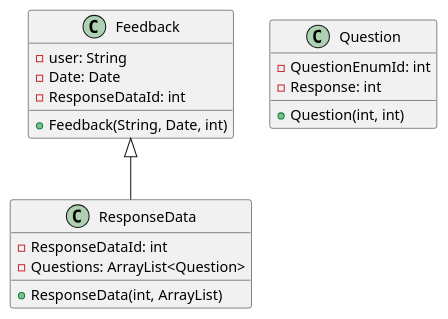
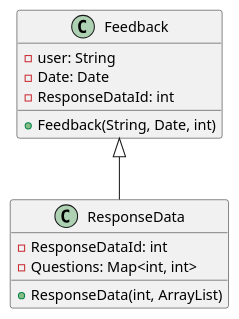
The diagram in src/main/java/Feedback.puml (raghav19897/Feedback_DM), drawn with PlantUML before and after one commit.

Commit message:
Edited classes

```diff
--- a/src/main/java/Feedback.puml
+++ b/src/main/java/Feedback.puml
@@ -1,22 +1,16 @@
 @startuml
 class Feedback{
 -user: String
 -Date: Date
 -ResponseDataId: int
 +Feedback(String, Date, int)
 }
 
 class ResponseData{
 -ResponseDataId: int
--Questions: ArrayList<Question>
+-Questions: Map<int, int>
 +ResponseData(int, ArrayList)
-}
-
-class Question{
--QuestionEnumId: int
--Response: int
-+Question(int, int)
 }
 
 Feedback <|-- ResponseData
 @enduml
```
